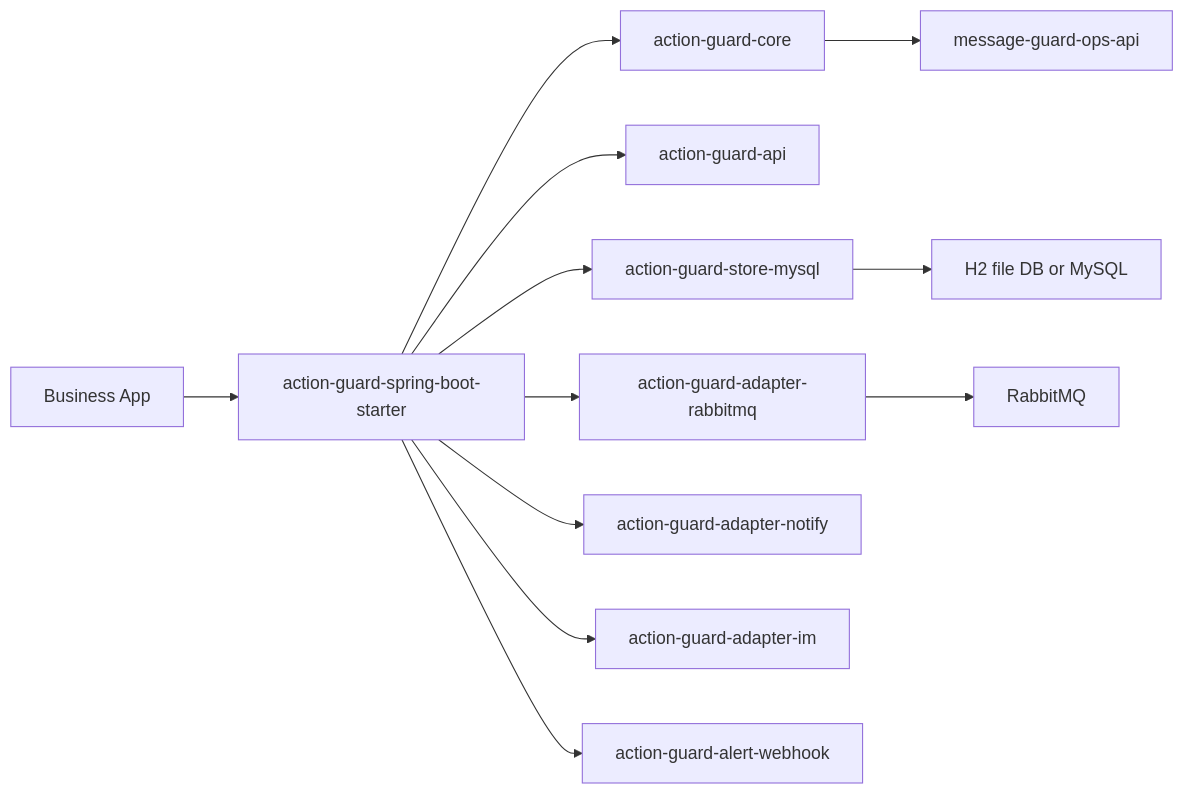
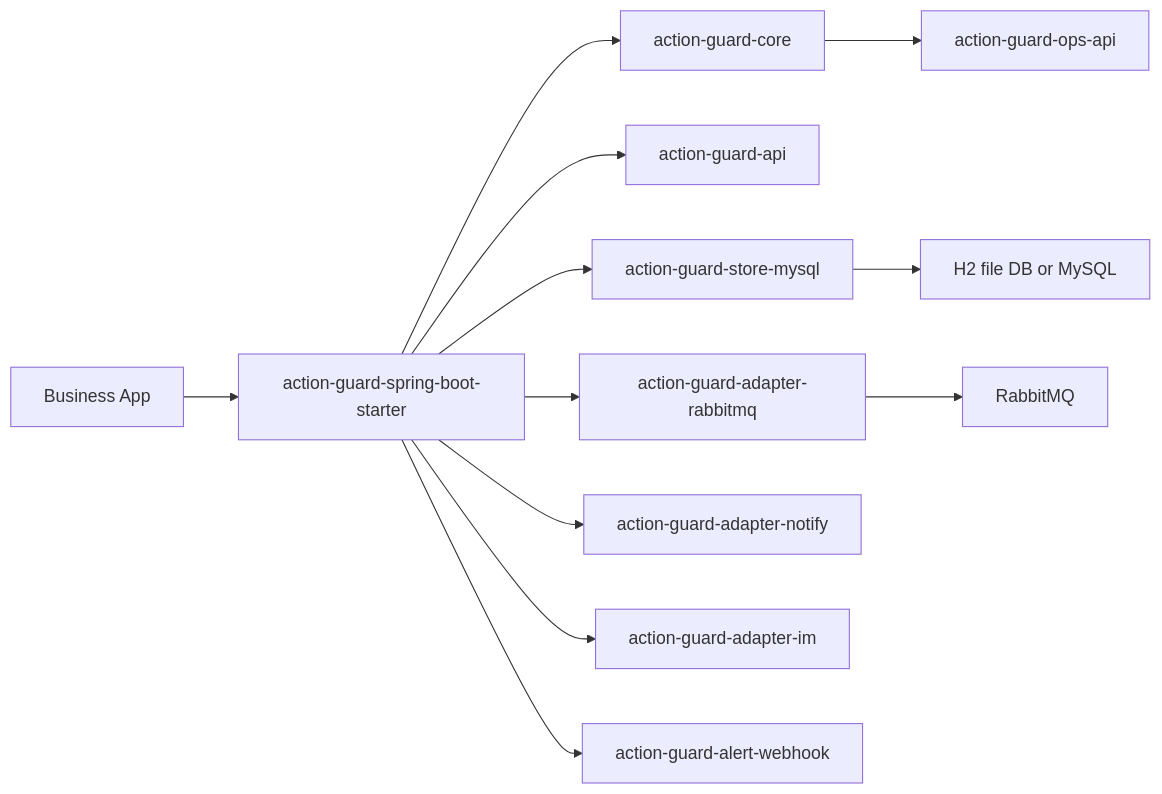
Before and after one commit to ljbclannad/action-guard: the diagram in docs/module-architecture.md, drawn with Mermaid. The commit also changed other lines of this file and 246 other files, not shown here.

Commit message:
Rename project to action-guard

````diff
--- a/docs/module-architecture.md
+++ b/docs/module-architecture.md
@@ -18,14 +18,14 @@
 ```mermaid
 flowchart LR
     App["Business App"] --> Starter["action-guard-spring-boot-starter"]
     Starter --> Core["action-guard-core"]
     Starter --> Api["action-guard-api"]
     Starter --> Store["action-guard-store-mysql"]
     Starter --> MQ["action-guard-adapter-rabbitmq"]
     Starter --> Notify["action-guard-adapter-notify"]
     Starter --> IM["action-guard-adapter-im"]
     Starter --> Alert["action-guard-alert-webhook"]
     Store --> DB["H2 file DB or MySQL"]
     MQ --> Rabbit["RabbitMQ"]
-    Core --> Ops["message-guard-ops-api"]
+    Core --> Ops["action-guard-ops-api"]
 ```
````
